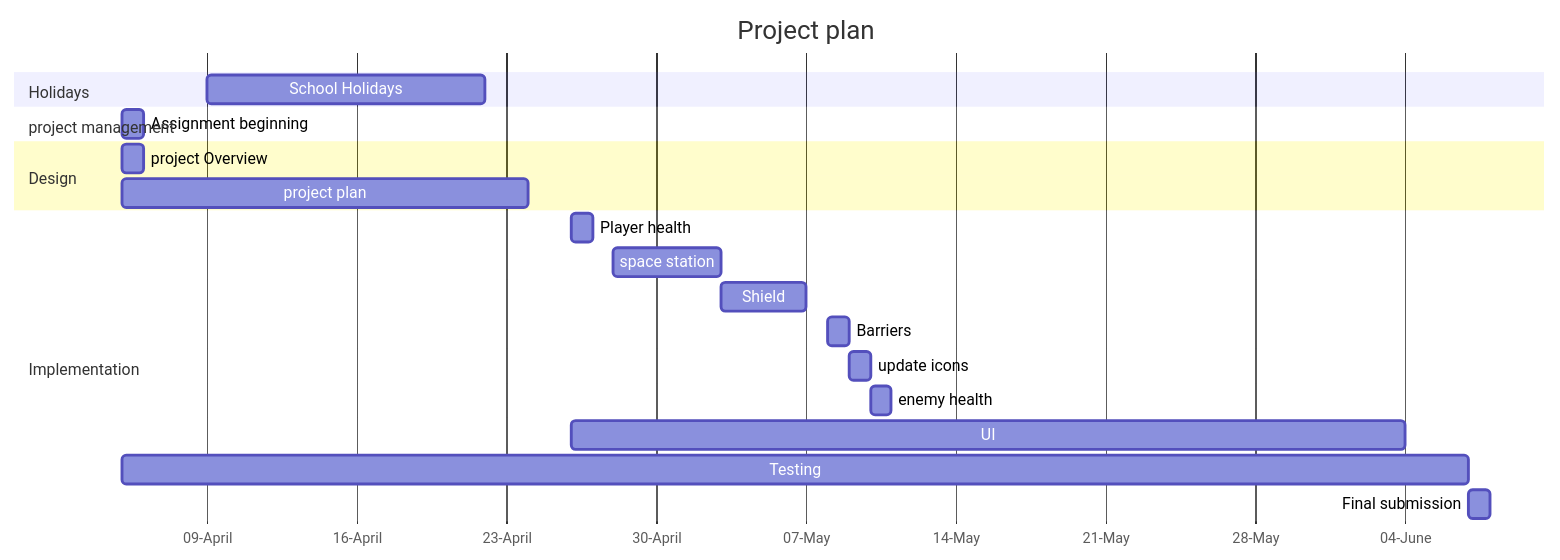
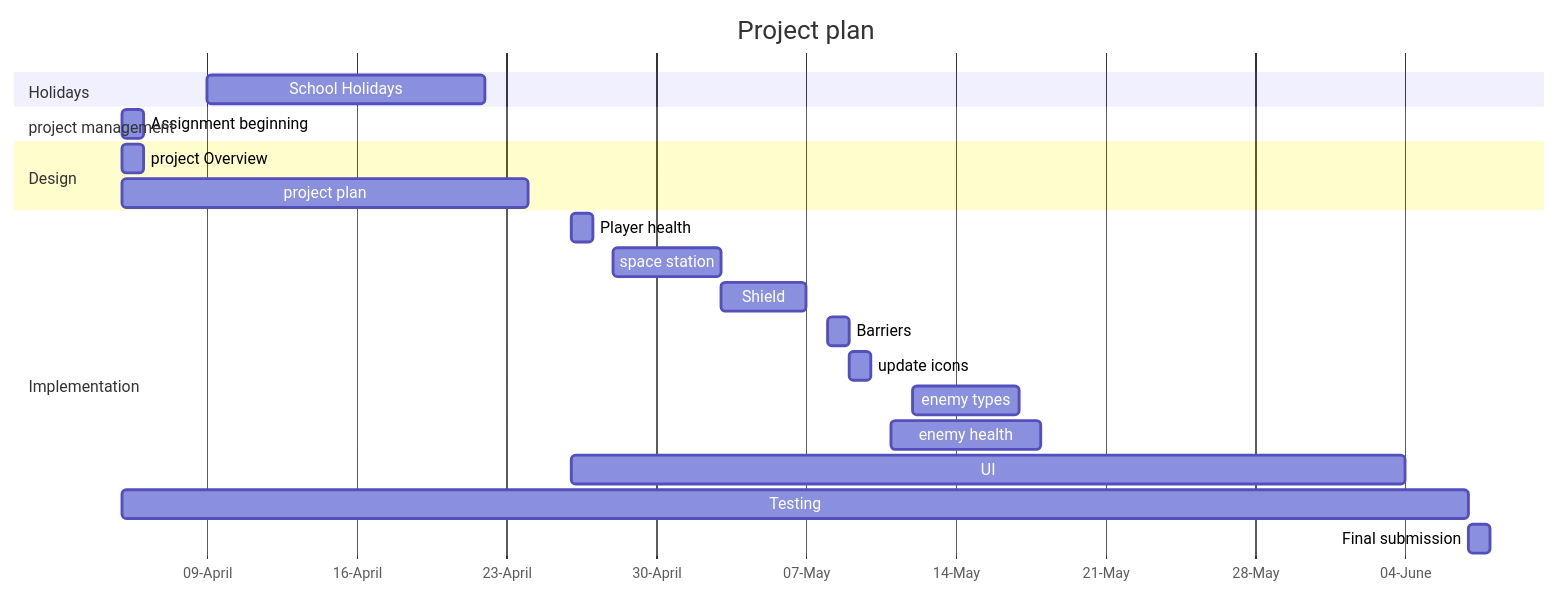
One commit to Carterpearce/SDF-Space-Invaders changed the second of 2 diagrams in Design.md. Above: the diagram before and after it, drawn with Mermaid. The commit also changed other lines of this file, not shown here.

````diff
--- a/Design.md
+++ b/Design.md
@@ -40,31 +51,32 @@
 ```mermaid  
 gantt
     title Project plan
     dateFormat DD-MM-YY
     axisFormat %d-%B
     tickInterval 1week
     
     section Holidays
     School Holidays: 09-04-23, 22-04-23
 
     section project management
     Assignment beginning: 05-04-23, 1d
 
     section Design
     project Overview:05-04-23, 1d
     project plan: 05-04-23, 24-04-23
 
     section Implementation 
     Player health: 26-04-23, 1d 
     space station: 28-04-23, 5d
     Shield: 03-05-23, 4d  
     Barriers: 08-05-23, 1d
     update icons: 09-05-23, 1d
-    enemy health: 10-05-23, 1d
+    enemy types: 12-05-23, 5d
+    enemy health: 11-05-23, 7d
     
     UI: 26-04-23, 04-06-23
     Testing: 05-04-23, 07-06-23
     Final submission: 07-06-23, 1d
 
 
 ```
````
